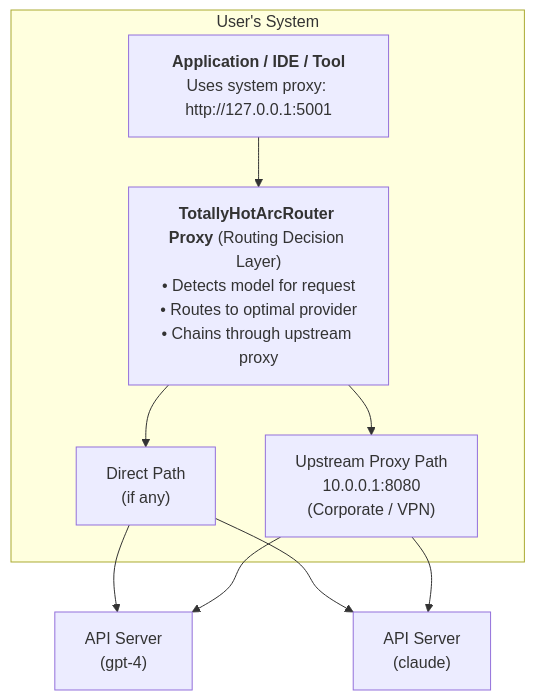
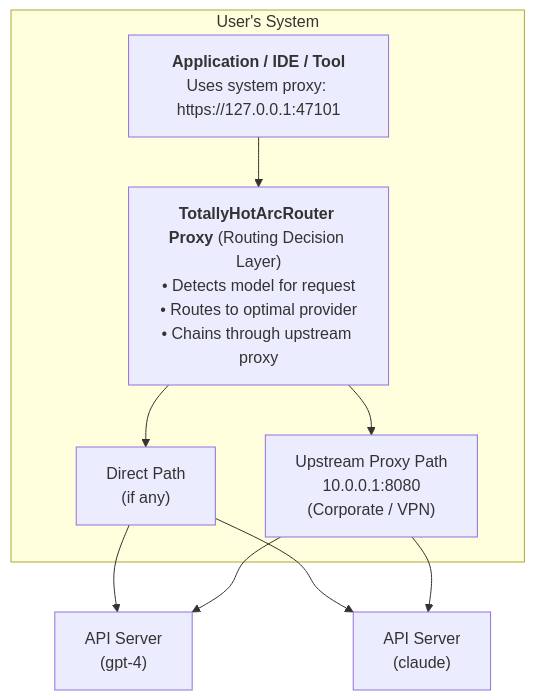
Before and after one commit to davidpizon/TotallyHot-ArcRouter: the fifth of 6 diagrams in docs/router/proxy-coexistence.md, drawn with Mermaid. The commit also changed other lines of this file and 23 other files, not shown here.

````diff
--- a/docs/router/proxy-coexistence.md
+++ b/docs/router/proxy-coexistence.md
@@ -581,21 +581,21 @@
 ```mermaid
 flowchart TD
     subgraph SYS["User's System"]
-        APP["<b>Application / IDE / Tool</b><br/>Uses system proxy: http://127.0.0.1:5001"]
+        APP["<b>Application / IDE / Tool</b><br/>Uses system proxy: https://127.0.0.1:47101"]
         ACR["<b>TotallyHotArcRouter Proxy</b> (Routing Decision Layer)<br/>• Detects model for request<br/>• Routes to optimal provider<br/>• Chains through upstream proxy"]
         DIRECT["Direct Path<br/>(if any)"]
         UP["Upstream Proxy Path<br/>10.0.0.1:8080<br/>(Corporate / VPN)"]
 
         APP --> ACR
         ACR --> DIRECT
         ACR --> UP
     end
 
     API1["API Server<br/>(gpt-4)"]
     API2["API Server<br/>(claude)"]
 
     DIRECT --> API1
     DIRECT --> API2
     UP --> API1
     UP --> API2
 ```
````
